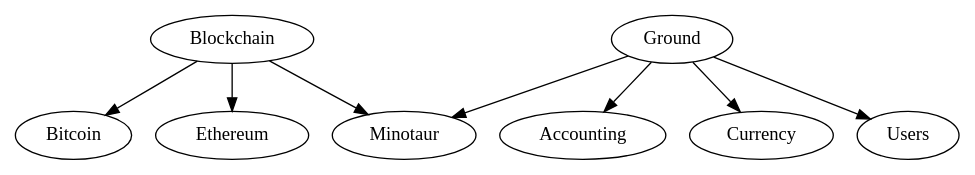
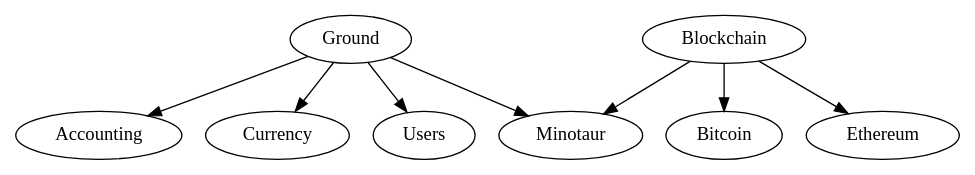
Before and after one commit to vineyard-bloom/vineyard-bloom-hub: the diagram in src/diagrams/vineyard-dependency-graph.gv, drawn with Graphviz. The commit also changed other lines of this file and 2 other files, not shown here.

Commit message:
The vineyard dependency graph is now embedded.

```diff
--- a/src/diagrams/vineyard-dependency-graph.gv
+++ b/src/diagrams/vineyard-dependency-graph.gv
@@ -1,16 +1,16 @@
 digraph G {
-
-Blockchain -> {
-    Bitcoin
-    Ethereum
-    Minotaur
-}
 
 Ground -> {
     Accounting
     Currency
     Minotaur
     Users
 
 }
+
+Blockchain -> {
+    Bitcoin
+    Ethereum
+    Minotaur
 }
+}
```
